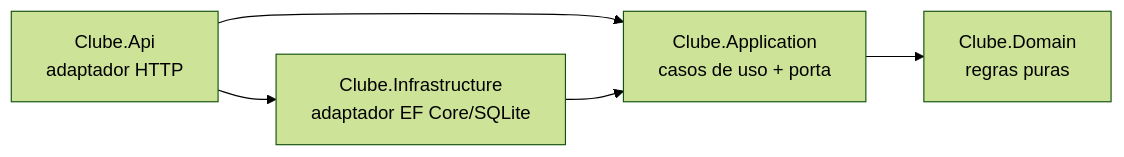
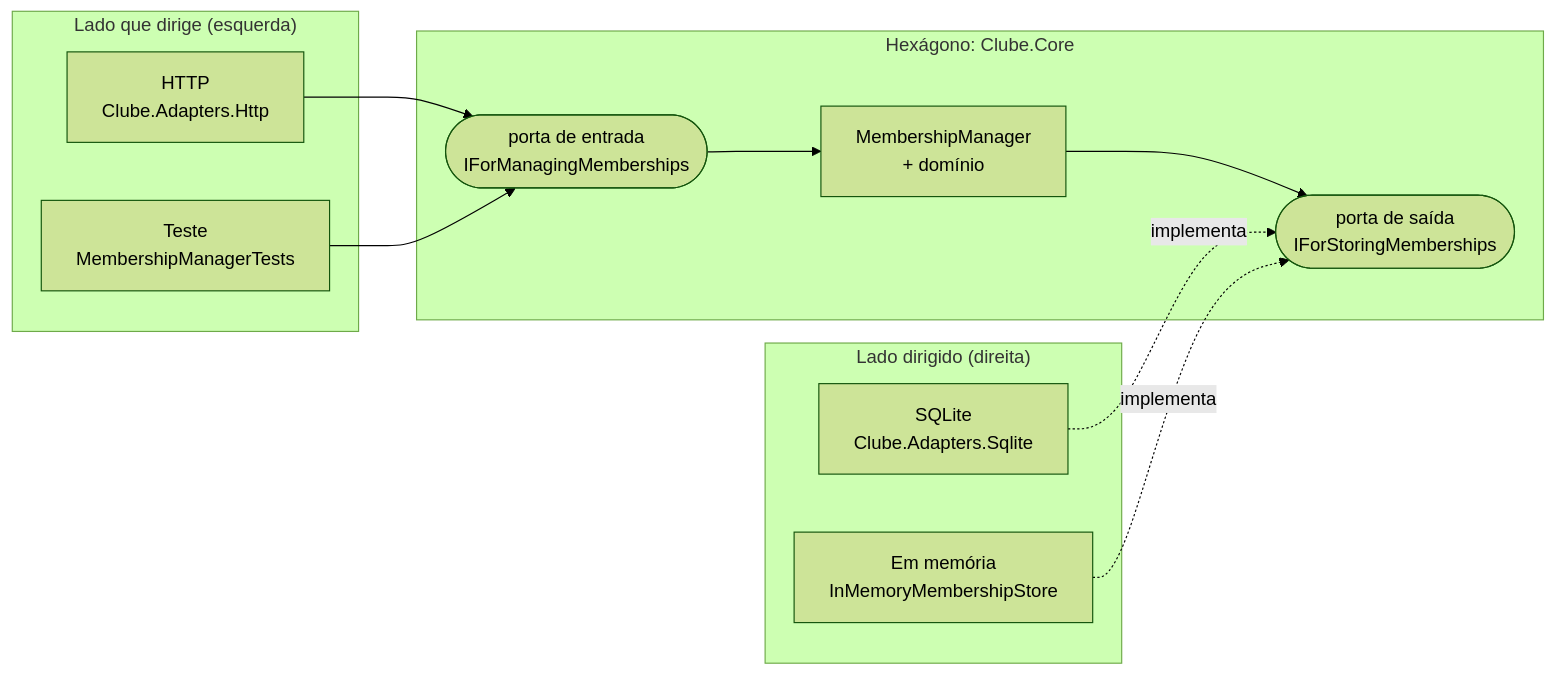
The diagram in README.md (Felipeness/clube-beneficios-dotnet), drawn with Mermaid (forest theme) before and after one commit. The commit also changed other lines of this file and 70 other files, not shown here.

````diff
--- a/README.md
+++ b/README.md
@@ -7,7 +12,24 @@
 ```mermaid
 flowchart LR
-    Api["Clube.Api<br/>adaptador HTTP"] --> App["Clube.Application<br/>casos de uso + porta"]
-    Infra["Clube.Infrastructure<br/>adaptador EF Core/SQLite"] --> App
-    App --> Domain["Clube.Domain<br/>regras puras"]
-    Api --> Infra
+    subgraph driving["Lado que dirige (esquerda)"]
+        HTTP["HTTP<br/>Clube.Adapters.Http"]
+        TEST["Teste<br/>MembershipManagerTests"]
+    end
+
+    subgraph hexagon["Hexágono: Clube.Core"]
+        IN(["porta de entrada<br/>IForManagingMemberships"])
+        APP["MembershipManager<br/>+ domínio"]
+        OUT(["porta de saída<br/>IForStoringMemberships"])
+        IN --> APP --> OUT
+    end
+
+    subgraph driven["Lado dirigido (direita)"]
+        SQL["SQLite<br/>Clube.Adapters.Sqlite"]
+        MEM["Em memória<br/>InMemoryMembershipStore"]
+    end
+
+    HTTP --> IN
+    TEST --> IN
+    SQL -. implementa .-> OUT
+    MEM -. implementa .-> OUT
 ```
````
